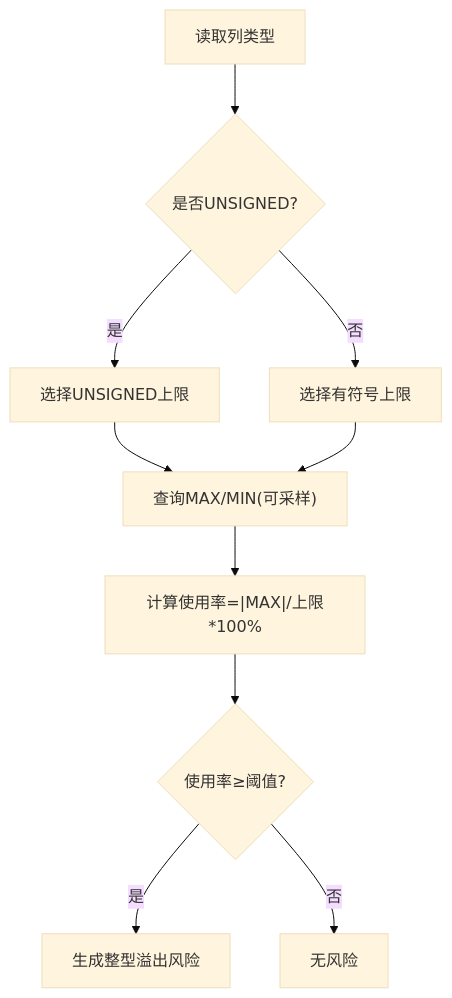
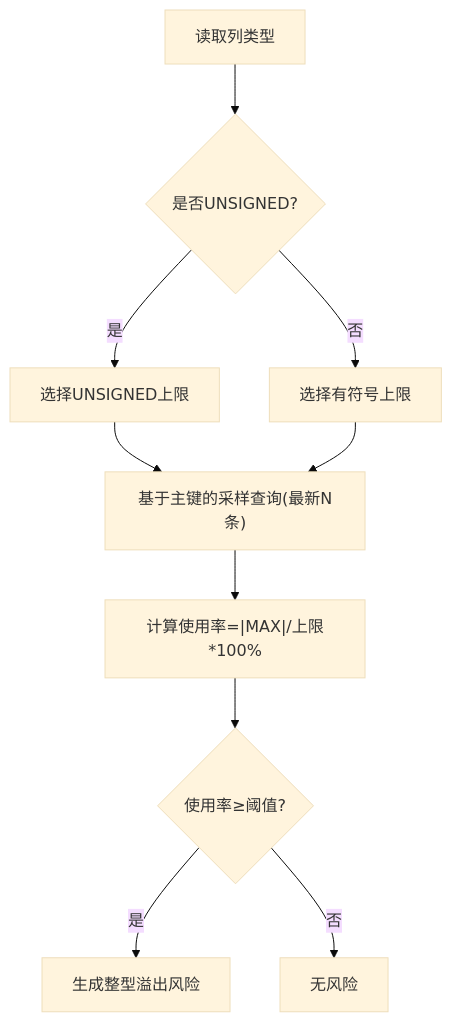
The fourth of 8 diagrams in .qoder/repowiki/zh/content/核心功能模块/风险检测引擎.md (zzjxmy/mysql-risk-filed-check), drawn with Mermaid (base theme) before and after one commit. The commit also changed other lines of this file and 6 other files, not shown here.

````diff
--- a/.qoder/repowiki/zh/content/核心功能模块/风险检测引擎.md
+++ b/.qoder/repowiki/zh/content/核心功能模块/风险检测引擎.md
@@ -208,12 +279,12 @@
 ```mermaid
 flowchart TD
 A["读取列类型"] --> B{"是否UNSIGNED?"}
 B --> |是| C["选择UNSIGNED上限"]
 B --> |否| D["选择有符号上限"]
-C --> E["查询MAX/MIN(可采样)"]
+C --> E["基于主键的采样查询(最新N条)"]
 D --> E
 E --> F["计算使用率=|MAX|/上限*100%"]
 F --> G{"使用率≥阈值?"}
 G --> |是| H["生成整型溢出风险"]
 G --> |否| I["无风险"]
 ```
````
